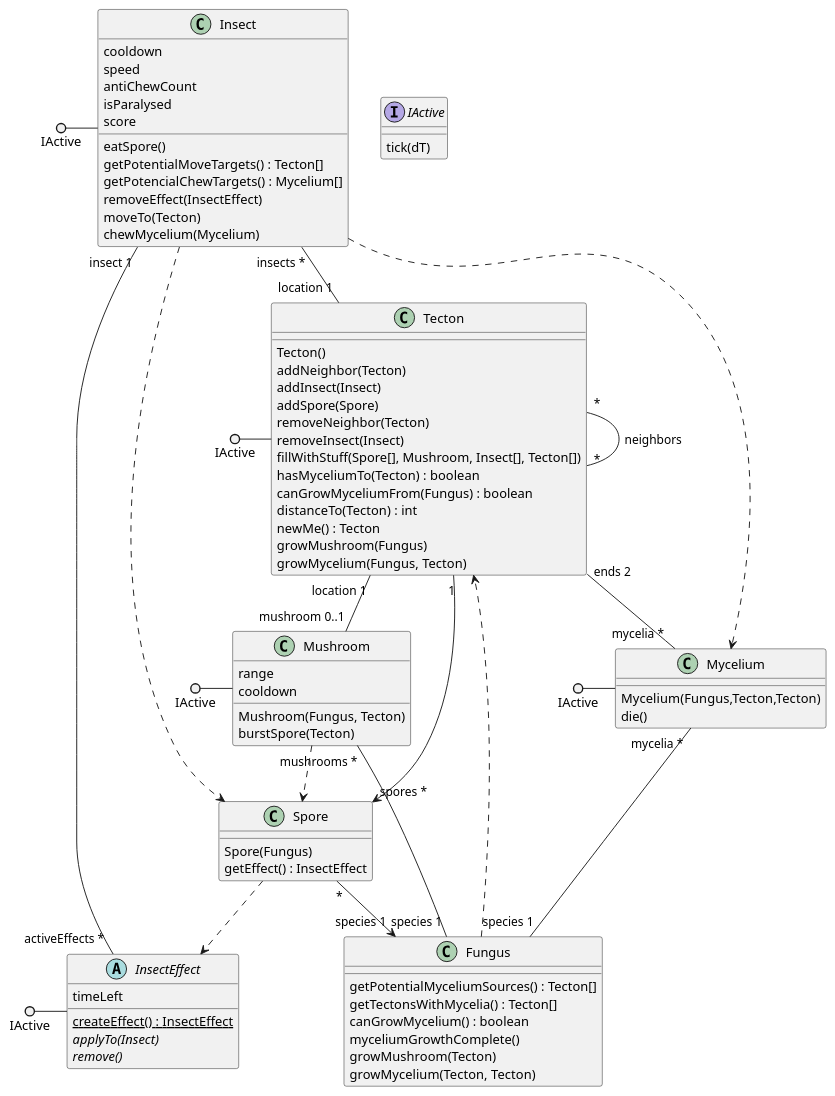
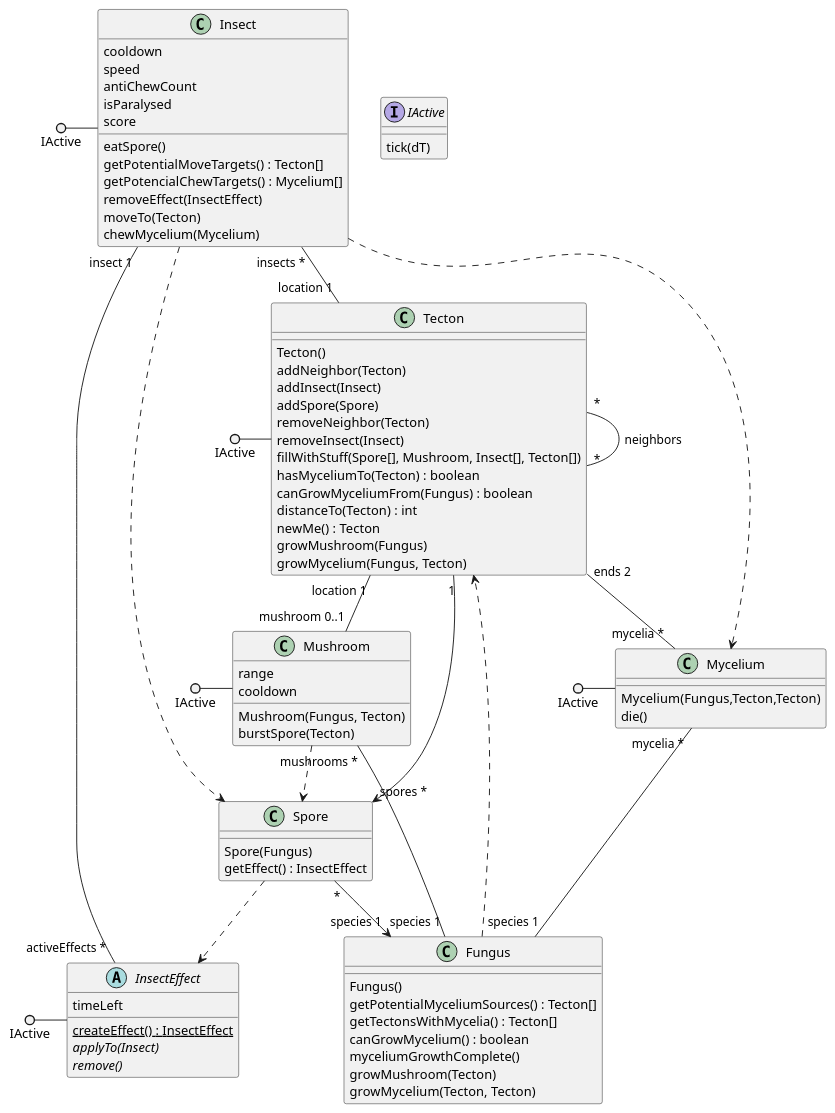
Before and after one commit to ZD4ve/projlab-error521: the diagram in SeqAndClassDiagrams/classes.pu, drawn with PlantUML. The commit also changed 1 other file, not shown here.

```diff
--- a/SeqAndClassDiagrams/classes.pu
+++ b/SeqAndClassDiagrams/classes.pu
@@ -1,85 +1,86 @@
 @startuml classes
 interface IActive {
     tick(dT)
 }
 class Tecton {
     Tecton()
     addNeighbor(Tecton)
     addInsect(Insect)
     addSpore(Spore)
     removeNeighbor(Tecton)
     removeInsect(Insect)
     fillWithStuff(Spore[], Mushroom, Insect[], Tecton[])
     hasMyceliumTo(Tecton) : boolean
     canGrowMyceliumFrom(Fungus) : boolean
     distanceTo(Tecton) : int
     newMe() : Tecton
     growMushroom(Fungus)
     growMycelium(Fungus, Tecton)
 }
 class Fungus {
+    Fungus()
     getPotentialMyceliumSources() : Tecton[]
     getTectonsWithMycelia() : Tecton[]
     canGrowMycelium() : boolean
     myceliumGrowthComplete()
     growMushroom(Tecton)
     growMycelium(Tecton, Tecton)
 }
 class Mycelium {
     Mycelium(Fungus,Tecton,Tecton)
     die()
 }
 class Mushroom {
     range
     cooldown
     Mushroom(Fungus, Tecton)
     burstSpore(Tecton)
 }
 class Spore {
     Spore(Fungus)
     getEffect() : InsectEffect
 }
 class Insect {
     cooldown
     speed
     antiChewCount
     isParalysed
     score
     eatSpore()
     getPotentialMoveTargets() : Tecton[]
     getPotencialChewTargets() : Mycelium[]
     removeEffect(InsectEffect)
     moveTo(Tecton)
     chewMycelium(Mycelium)
 }
 abstract InsectEffect {
     timeLeft
     {static} createEffect() : InsectEffect
     {abstract} applyTo(Insect)
     {abstract} remove()
 }
 
 IActive ()- Tecton
 IActive ()- Mushroom
 IActive ()- Mycelium
 IActive ()- Insect
 IActive ()- InsectEffect
 
 Tecton "*" -- "*" Tecton : neighbors
 Tecton "ends 2" -- "mycelia *" Mycelium
 Tecton "1" --> "spores *" Spore
 Tecton "location 1" -- "mushroom 0..1" Mushroom
 
 Mycelium "mycelia *" -- "species 1" Fungus
 Insect "insect 1" -- "activeEffects *" InsectEffect
 Insect "insects *" -- "location 1" Tecton
 Fungus "species 1" -- "mushrooms *" Mushroom
 Spore "*" --> "species 1" Fungus
 
 Fungus ..> Tecton
 Spore ..> InsectEffect
 Insect ..> Mycelium
 Insect ..> Spore
 Mushroom ..> Spore
 
 @enduml
```
